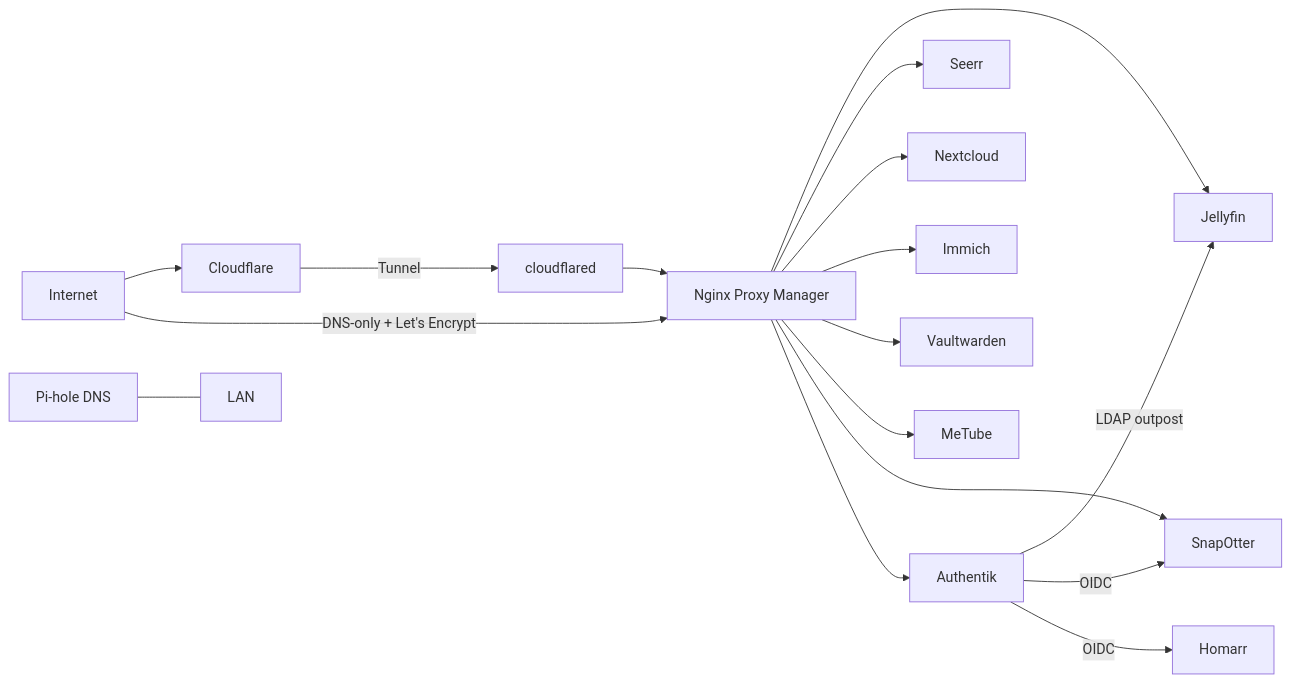
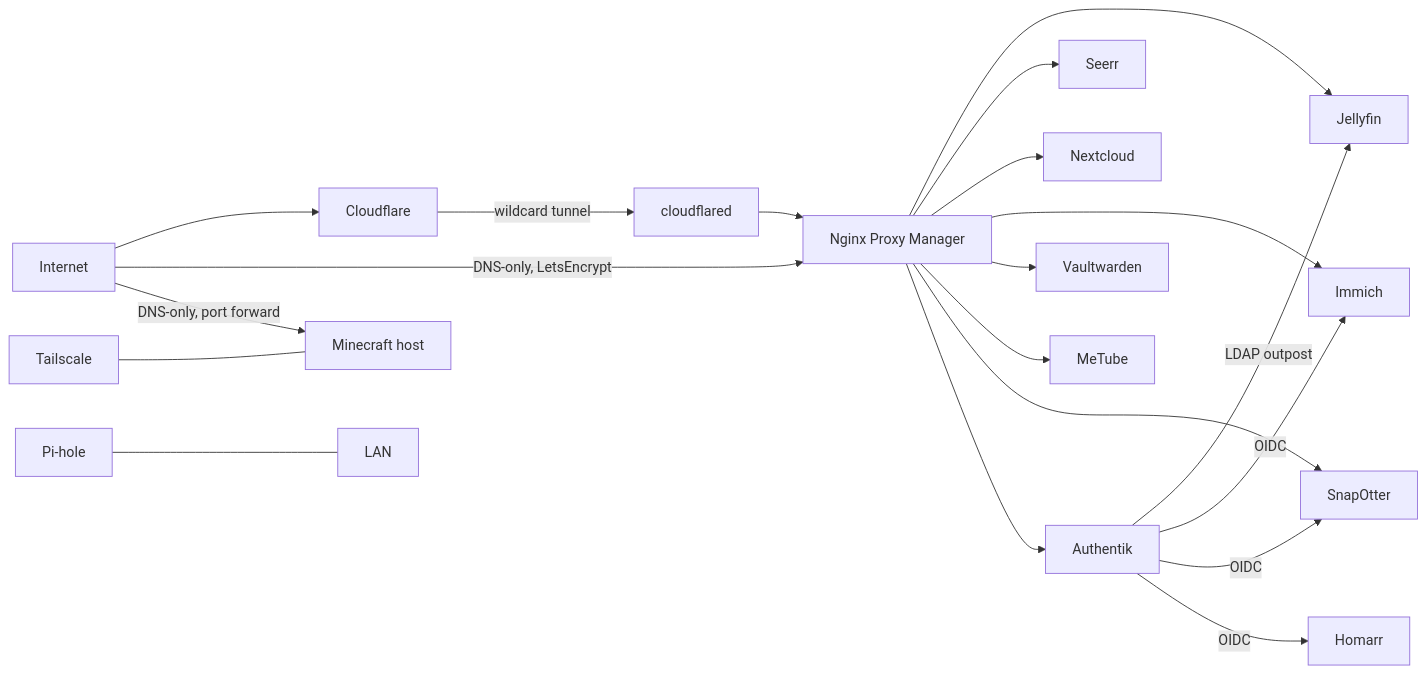
Before and after one commit to Deazy06/HomeLab: the diagram in README.md, drawn with Mermaid. The commit also changed other lines of this file, not shown here.

````diff
--- a/README.md
+++ b/README.md
@@ -9,10 +9,12 @@
 ```mermaid
 graph LR
   Internet --> CF[Cloudflare]
-  CF -->|Tunnel| cloudflared --> NPM[Nginx Proxy Manager]
-  Internet -->|DNS-only + Let's Encrypt| NPM
+  CF -->|wildcard tunnel| cloudflared --> NPM[Nginx Proxy Manager]
+  Internet -->|DNS-only, LetsEncrypt| NPM
+  Internet -->|DNS-only, port forward| MC[Minecraft host]
   NPM --> Jellyfin & Seerr & Nextcloud & Immich & Vaultwarden & MeTube & SnapOtter & Authentik
   Authentik -->|LDAP outpost| Jellyfin
-  Authentik -->|OIDC| SnapOtter & Homarr
-  PiHole[Pi-hole DNS] --- LAN
+  Authentik -->|OIDC| Immich & SnapOtter & Homarr
+  PiHole[Pi-hole] --- LAN
+  Tailscale --- MC
 ```
````
